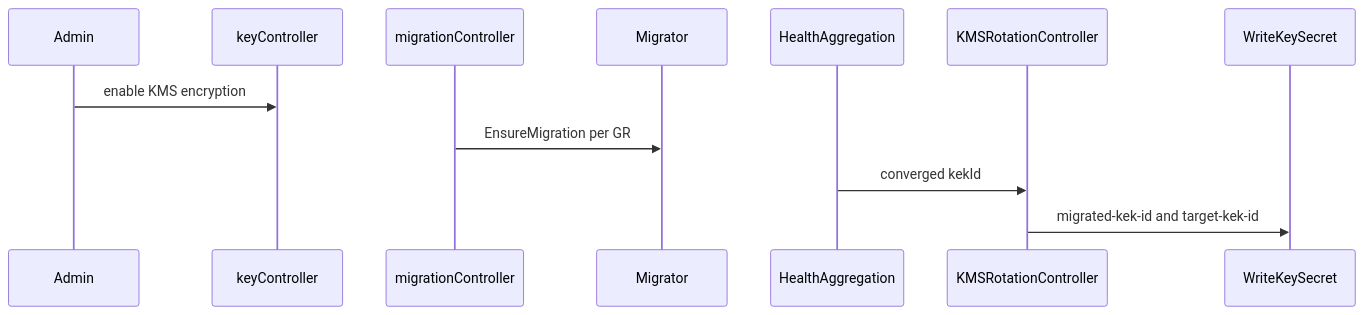
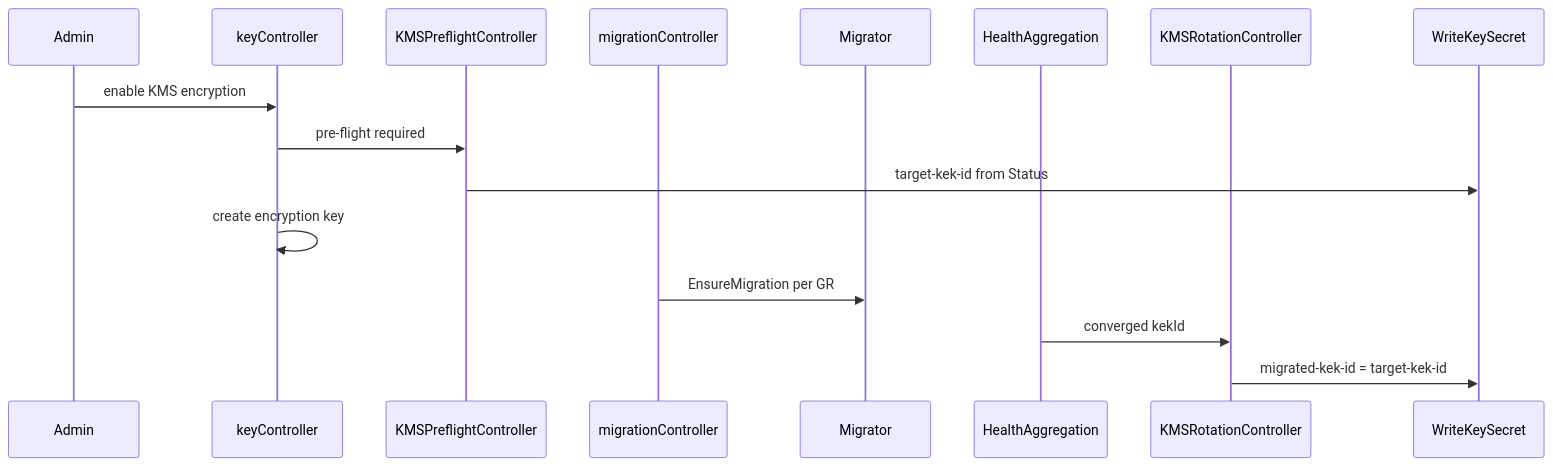
The first of 3 diagrams in enhancements/kube-apiserver/kms-encryption-foundations.md (openshift/enhancements), drawn with Mermaid before and after one commit. The commit also changed other lines of this file, not shown here.

````diff
--- a/enhancements/kube-apiserver/kms-encryption-foundations.md
+++ b/enhancements/kube-apiserver/kms-encryption-foundations.md
@@ -502,15 +509,19 @@
 ```mermaid
 sequenceDiagram
     participant Admin
     participant KeyCtrl as keyController
+    participant Preflight as KMSPreflightController
     participant MigCtrl as migrationController
     participant SVM as Migrator
     participant Health as HealthAggregation
     participant RotCtrl as KMSRotationController
     participant Secret as WriteKeySecret
 
     Admin->>KeyCtrl: enable KMS encryption
+    KeyCtrl->>Preflight: pre-flight required
+    Preflight->>Secret: target-kek-id from Status
+    KeyCtrl->>KeyCtrl: create encryption key
     MigCtrl->>SVM: EnsureMigration per GR
     Health->>RotCtrl: converged kekId
-    RotCtrl->>Secret: migrated-kek-id and target-kek-id
+    RotCtrl->>Secret: migrated-kek-id = target-kek-id
 ```
````
